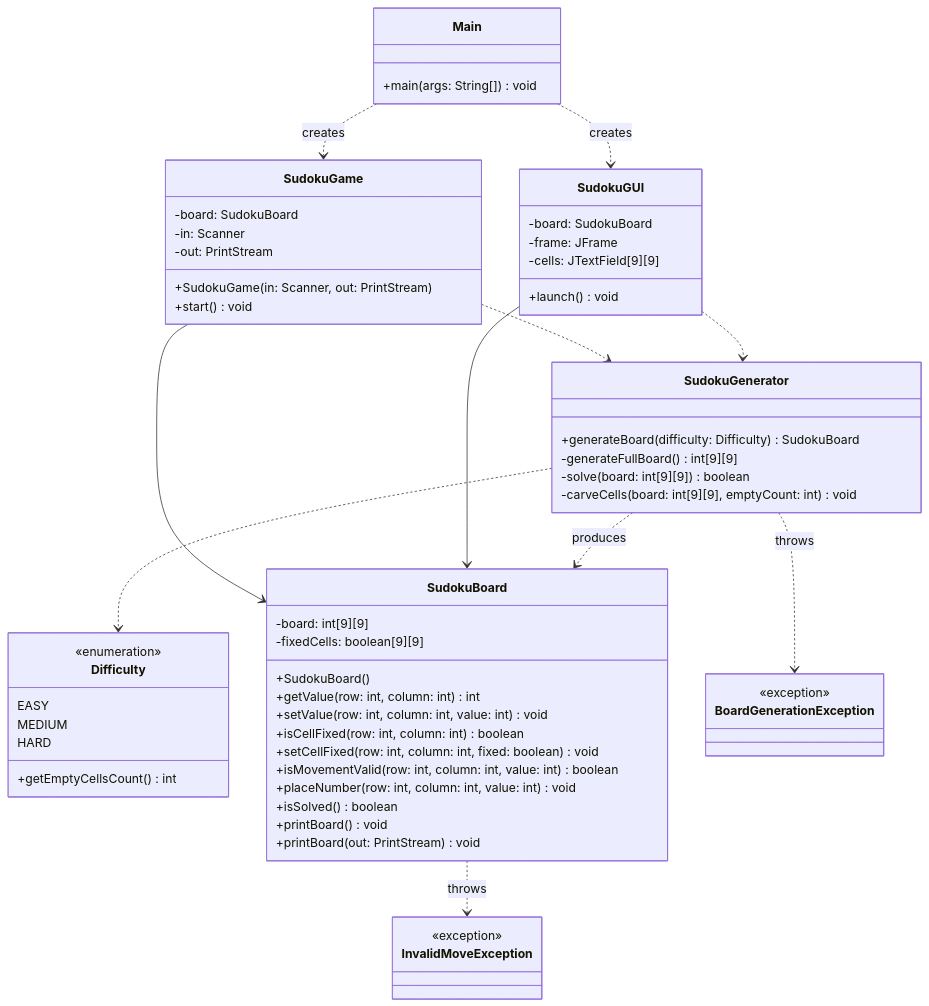
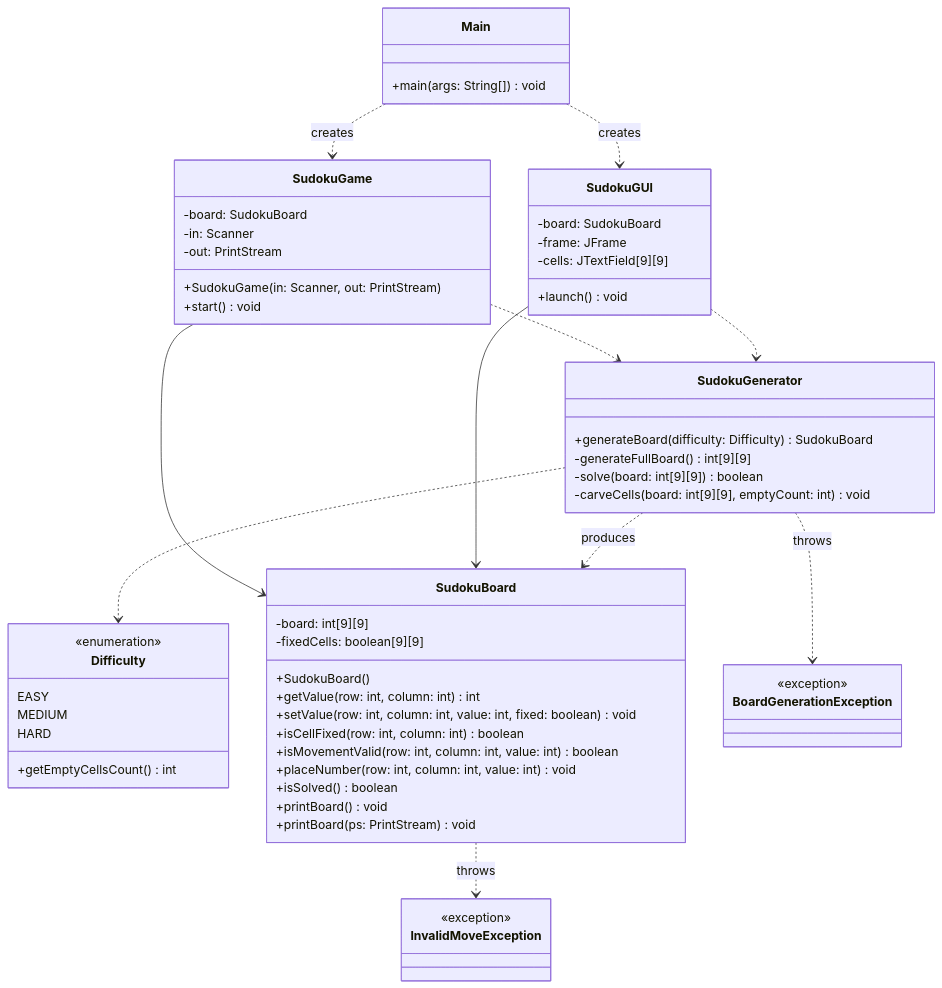
Before and after one commit to DaniRZ10/proyecto-sudoku: the first of 3 diagrams in docs/architecture/uml-classes.md, drawn with Mermaid.

Commit message:
T009: Sync UML diagram with core package

````diff
--- a/docs/architecture/uml-classes.md
+++ b/docs/architecture/uml-classes.md
@@ -7,70 +7,69 @@
 ```mermaid
 classDiagram
     class Main {
         +main(args: String[]) void
     }
 
     class Difficulty {
         <<enumeration>>
         EASY
         MEDIUM
         HARD
         +getEmptyCellsCount() int
     }
 
     class SudokuBoard {
         -board: int[9][9]
         -fixedCells: boolean[9][9]
         +SudokuBoard()
         +getValue(row: int, column: int) int
-        +setValue(row: int, column: int, value: int) void
+        +setValue(row: int, column: int, value: int, fixed: boolean) void
         +isCellFixed(row: int, column: int) boolean
-        +setCellFixed(row: int, column: int, fixed: boolean) void
         +isMovementValid(row: int, column: int, value: int) boolean
         +placeNumber(row: int, column: int, value: int) void
         +isSolved() boolean
         +printBoard() void
-        +printBoard(out: PrintStream) void
+        +printBoard(ps: PrintStream) void
     }
 
     class SudokuGenerator {
         +generateBoard(difficulty: Difficulty) SudokuBoard
         -generateFullBoard() int[9][9]
         -solve(board: int[9][9]) boolean
         -carveCells(board: int[9][9], emptyCount: int) void
     }
 
     class SudokuGame {
         -board: SudokuBoard
         -in: Scanner
         -out: PrintStream
         +SudokuGame(in: Scanner, out: PrintStream)
         +start() void
     }
 
     class SudokuGUI {
         -board: SudokuBoard
         -frame: JFrame
         -cells: JTextField[9][9]
         +launch() void
     }
 
     class InvalidMoveException {
         <<exception>>
     }
 
     class BoardGenerationException {
         <<exception>>
     }
 
     Main ..> SudokuGame : creates
     Main ..> SudokuGUI : creates
     SudokuGame --> SudokuBoard
     SudokuGame ..> SudokuGenerator
     SudokuGUI --> SudokuBoard
     SudokuGUI ..> SudokuGenerator
     SudokuGenerator ..> Difficulty
     SudokuGenerator ..> SudokuBoard : produces
     SudokuBoard ..> InvalidMoveException : throws
     SudokuGenerator ..> BoardGenerationException : throws
 ```
````
